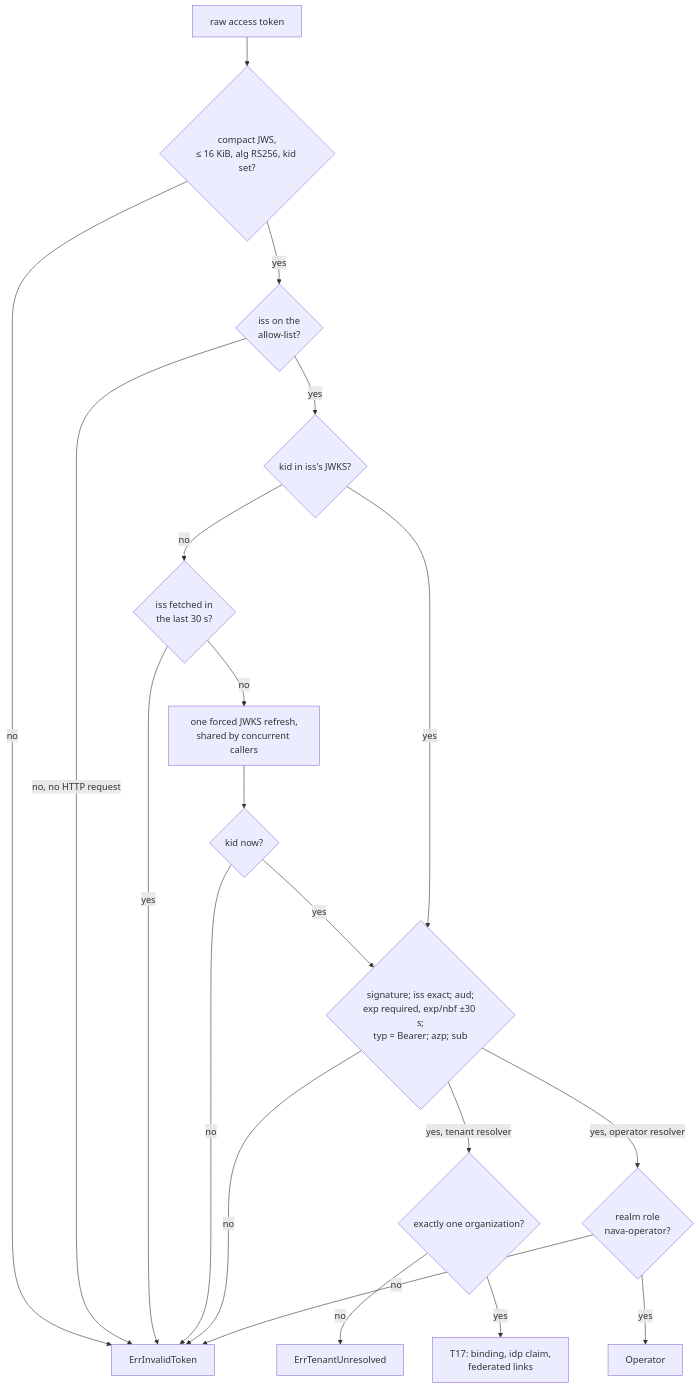
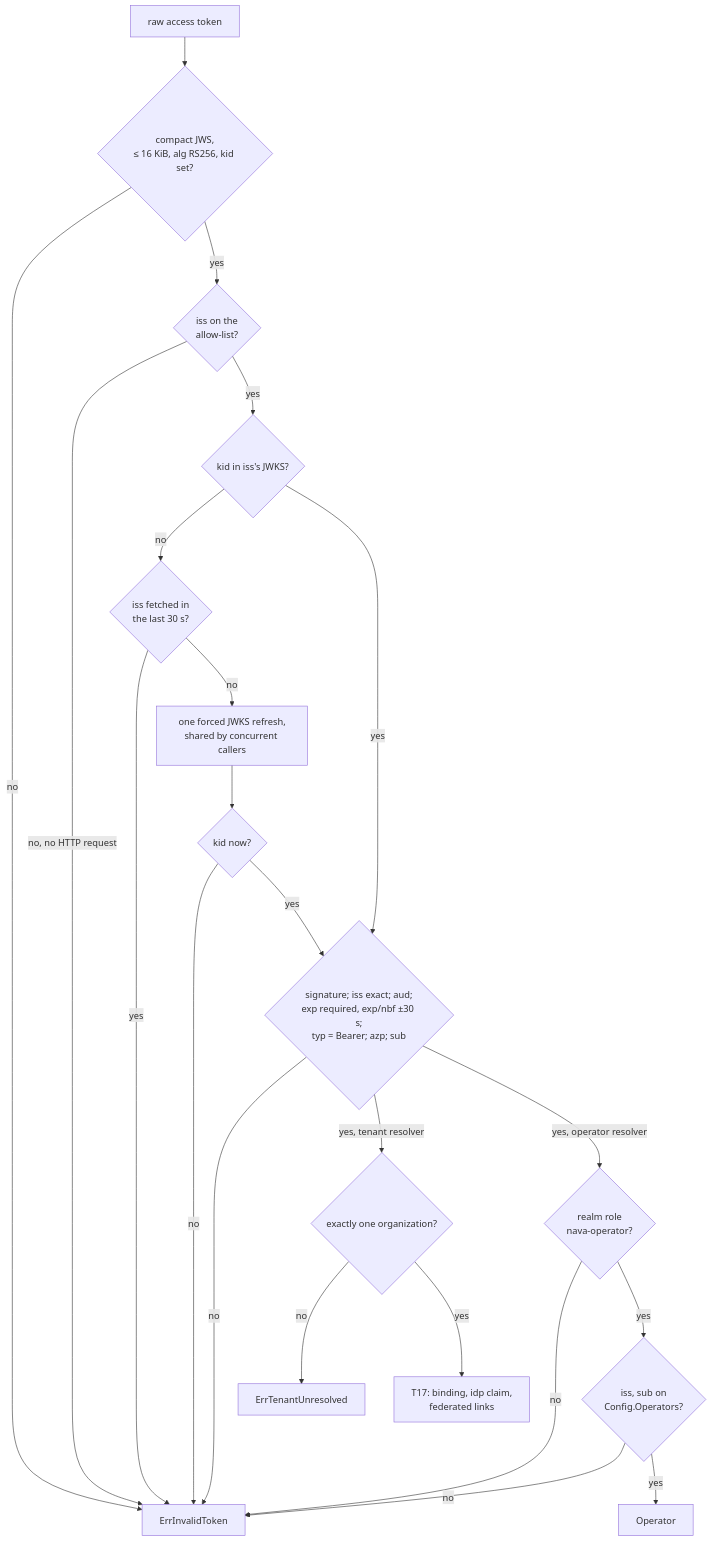
Before and after one commit to Navaladi2019/TicketingSystem: the diagram in docs/architecture/identity-port.md, drawn with Mermaid. The commit also changed other lines of this file and 6 other files, not shown here.

````diff
--- a/docs/architecture/identity-port.md
+++ b/docs/architecture/identity-port.md
@@ -18,21 +18,23 @@
 ```mermaid
 flowchart TD
   T[raw access token] --> S{compact JWS,<br/>≤ 16 KiB, alg RS256, kid set?}
   S -- no --> X[ErrInvalidToken]
   S -- yes --> I{iss on the<br/>allow-list?}
   I -- no, no HTTP request --> X
   I -- yes --> K{kid in iss's JWKS?}
   K -- no --> G{iss fetched in<br/>the last 30 s?}
   G -- yes --> X
   G -- no --> R[one forced JWKS refresh,<br/>shared by concurrent callers] --> K2{kid now?}
   K2 -- no --> X
   K2 -- yes --> V
   K -- yes --> V{signature; iss exact; aud;<br/>exp required, exp/nbf ±30 s;<br/>typ = Bearer; azp; sub}
   V -- no --> X
   V -- yes, tenant resolver --> O{exactly one organization?}
   O -- no --> U[ErrTenantUnresolved]
   O -- yes --> T17[T17: binding, idp claim,<br/>federated links]
   V -- yes, operator resolver --> Role{realm role<br/>nava-operator?}
   Role -- no --> X
-  Role -- yes --> Op[Operator]
+  Role -- yes --> AL{iss, sub on<br/>Config.Operators?}
+  AL -- no --> X
+  AL -- yes --> Op[Operator]
 ```
````
